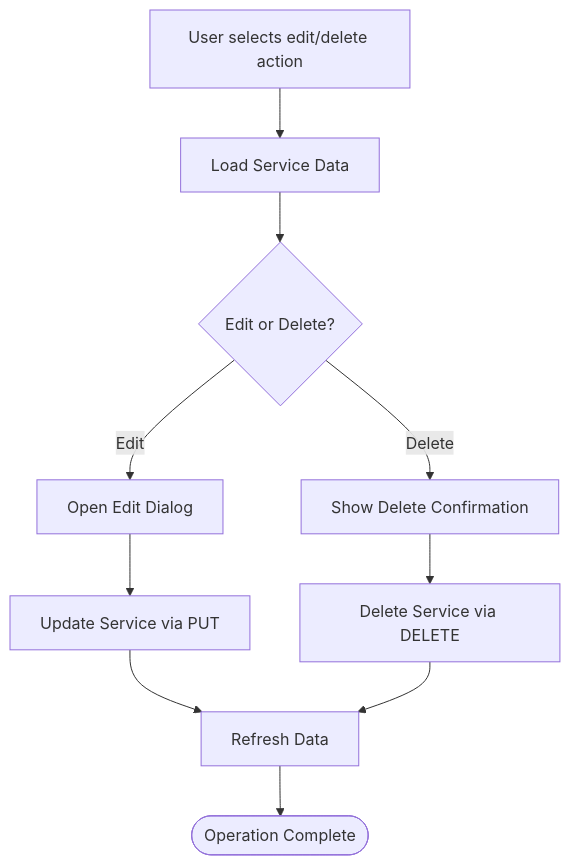
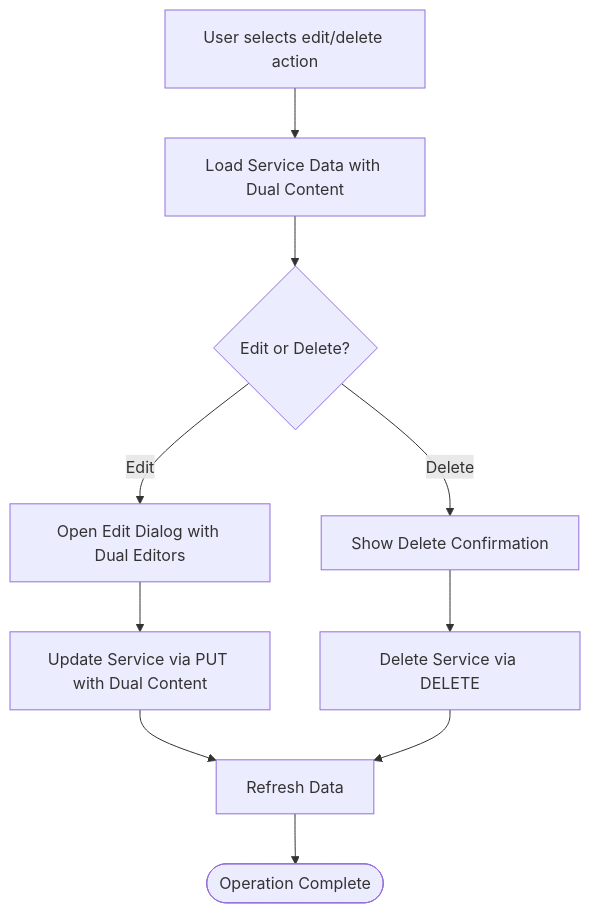
The seventh of 15 diagrams in .qoder/repowiki/en/content/Core Features Implementation/Administrative Features/Content Management System/Services Management Interface.md (xLegarda/GreenAxis), drawn with Mermaid before and after one commit. The commit also changed other lines of this file and 42 other files, not shown here.

````diff
--- a/.qoder/repowiki/en/content/Core Features Implementation/Administrative Features/Content Management System/Services Management Interface.md
+++ b/.qoder/repowiki/en/content/Core Features Implementation/Administrative Features/Content Management System/Services Management Interface.md
@@ -176,12 +276,12 @@
 ```mermaid
 flowchart TD
-EditAction["User selects edit/delete action"] --> LoadService["Load Service Data"]
+EditAction["User selects edit/delete action"] --> LoadService["Load Service Data with Dual Content"]
 LoadService --> EditMode{"Edit or Delete?"}
-EditMode --> |Edit| OpenDialog["Open Edit Dialog"]
+EditMode --> |Edit| OpenDialog["Open Edit Dialog with Dual Editors"]
 EditMode --> |Delete| ConfirmDelete["Show Delete Confirmation"]
-OpenDialog --> UpdateService["Update Service via PUT"]
+OpenDialog --> UpdateService["Update Service via PUT with Dual Content"]
 ConfirmDelete --> DeleteService["Delete Service via DELETE"]
 UpdateService --> Refresh["Refresh Data"]
 DeleteService --> Refresh
 Refresh --> End([Operation Complete])
 ```
````
